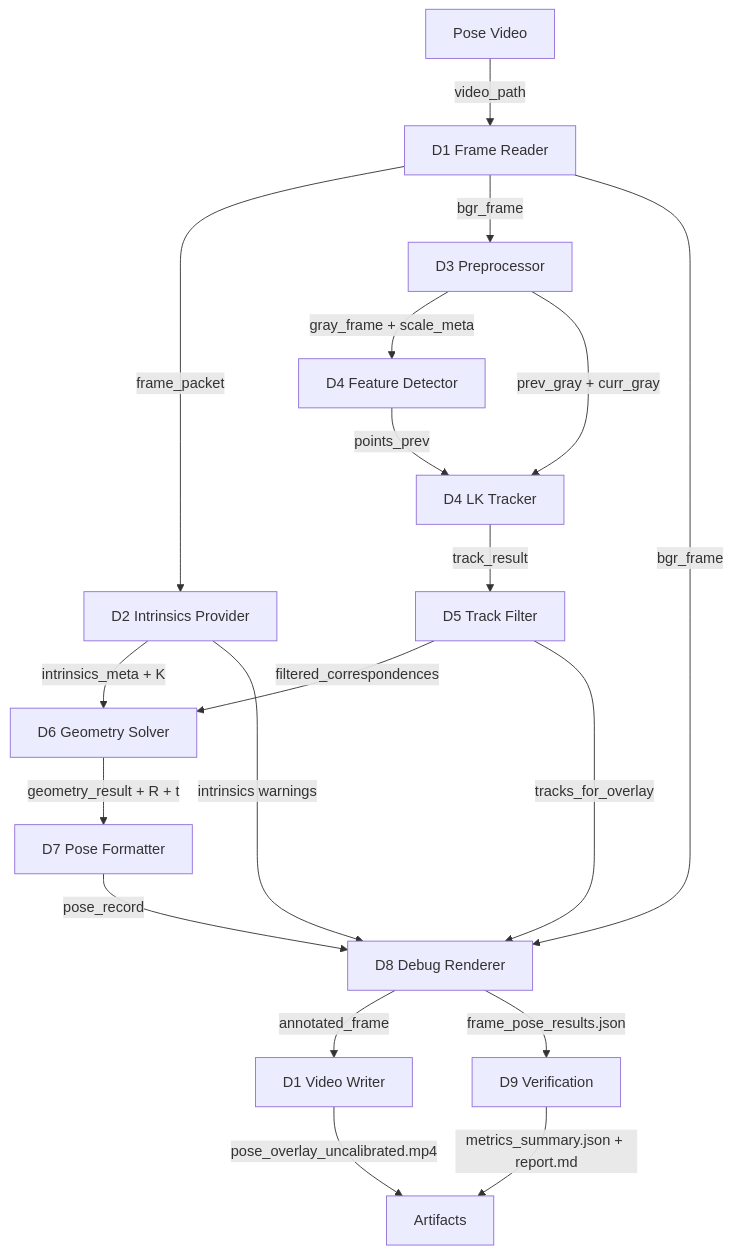
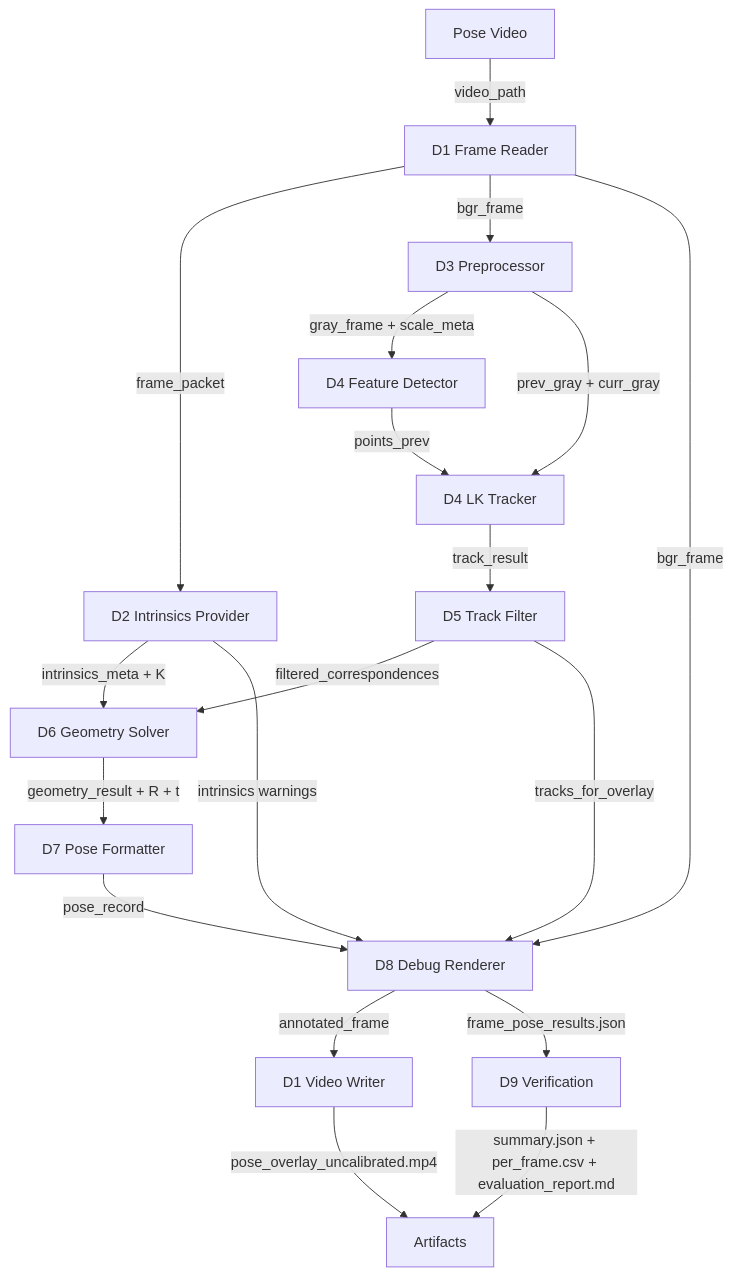
The diagram in breakdown/02_Optical_Flow_Pose/03_Design/optical_flow_pose_pipeline_design.md (Rt209/camera-angle), drawn with Mermaid before and after one commit. The commit also changed 396 other files, not shown here.

````diff
--- a/breakdown/02_Optical_Flow_Pose/03_Design/optical_flow_pose_pipeline_design.md
+++ b/breakdown/02_Optical_Flow_Pose/03_Design/optical_flow_pose_pipeline_design.md
@@ -32,21 +32,21 @@
 ```mermaid
 flowchart TD
     A[Pose Video] -->|video_path| B[D1 Frame Reader]
     B -->|frame_packet| C[D2 Intrinsics Provider]
     B -->|bgr_frame| D[D3 Preprocessor]
     C -->|intrinsics_meta + K| H[D6 Geometry Solver]
     D -->|gray_frame + scale_meta| E[D4 Feature Detector]
     E -->|points_prev| F[D4 LK Tracker]
     D -->|prev_gray + curr_gray| F
     F -->|track_result| G[D5 Track Filter]
     G -->|filtered_correspondences| H
     H -->|geometry_result + R + t| I[D7 Pose Formatter]
     I -->|pose_record| J[D8 Debug Renderer]
     G -->|tracks_for_overlay| J
     B -->|bgr_frame| J
     C -->|intrinsics warnings| J
     J -->|annotated_frame| K[D1 Video Writer]
     J -->|frame_pose_results.json| L[D9 Verification]
     K -->|pose_overlay_uncalibrated.mp4| M[Artifacts]
-    L -->|metrics_summary.json + report.md| M
+    L -->|summary.json + per_frame.csv + evaluation_report.md| M
 ```
````
